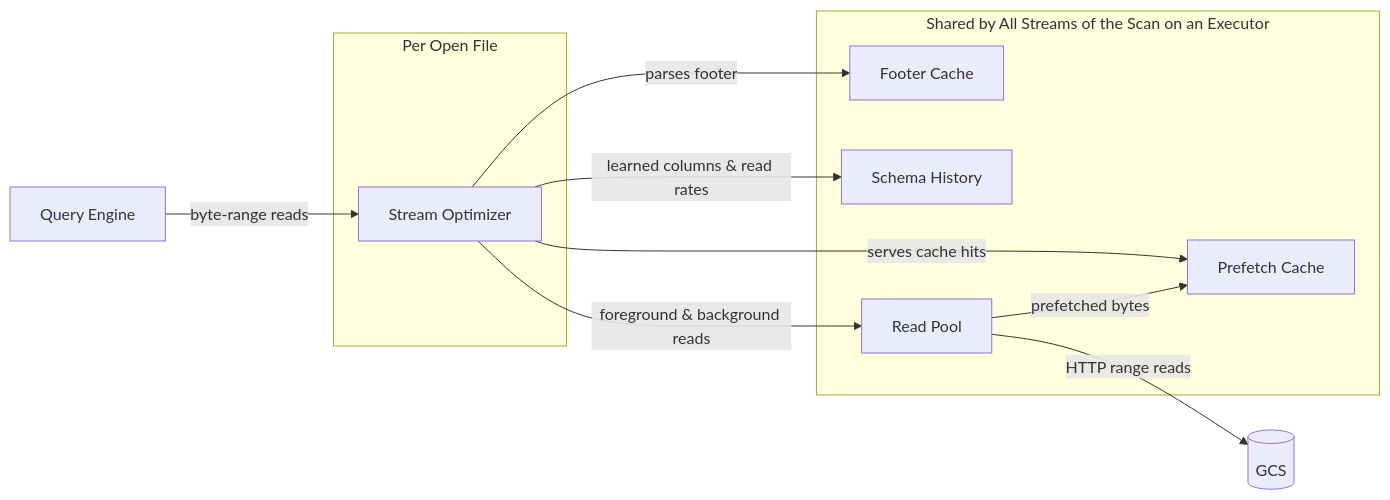
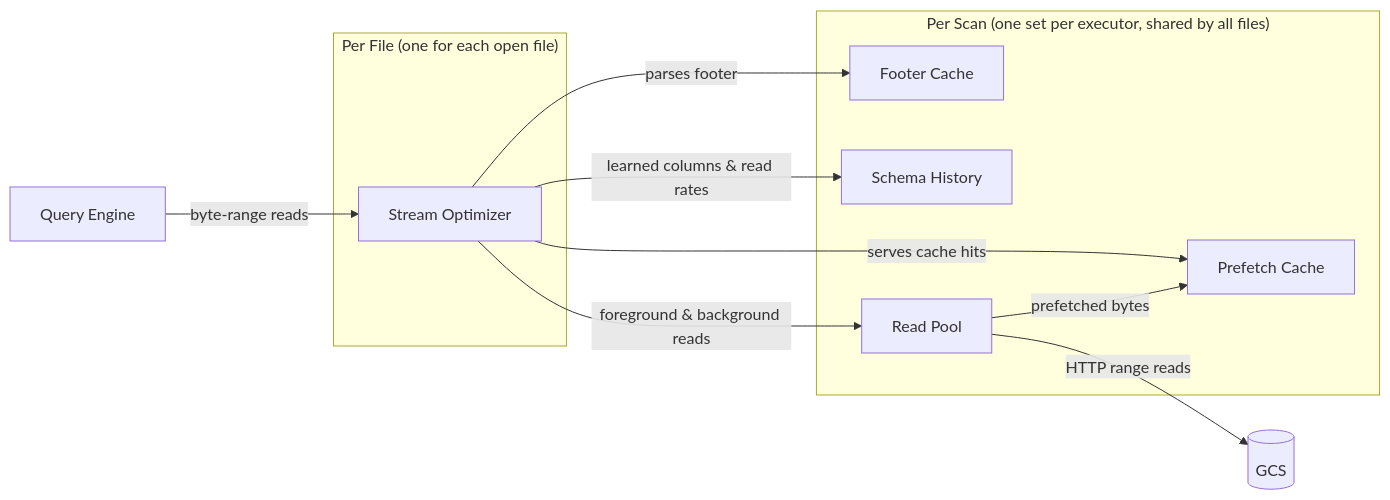
One commit to prudhvimaharishi/gcs-analytics-core changed the third of 8 diagrams in .agents/predictive_prefetching_design_doc.md. Above: the diagram before and after it, drawn with Mermaid. The commit also changed other lines of this file, not shown here.

Commit message:
docs: clarify per-file vs per-scan components

````diff
--- a/.agents/predictive_prefetching_design_doc.md
+++ b/.agents/predictive_prefetching_design_doc.md
@@ -87,22 +87,22 @@
 ```mermaid
 flowchart LR
     Engine["Query Engine"]
-    subgraph PerFile["Per Open File"]
+    subgraph PerFile["Per File (one for each open file)"]
         Opt["Stream Optimizer"]
     end
-    subgraph Shared["Shared by All Streams of the Scan on an Executor"]
+    subgraph Shared["Per Scan (one set per executor, shared by all files)"]
         Footer["Footer Cache"]
         Hist["Schema History"]
         Cache["Prefetch Cache"]
         Pool["Read Pool"]
     end
     GCS[("GCS")]
 
     Engine -- "byte-range reads" --> Opt
     Opt -- "parses footer" --> Footer
     Opt -- "learned columns & read rates" --> Hist
     Opt -- "serves cache hits" --> Cache
     Opt -- "foreground & background reads" --> Pool
     Pool -- "HTTP range reads" --> GCS
     Pool -- "prefetched bytes" --> Cache
 ```
````
